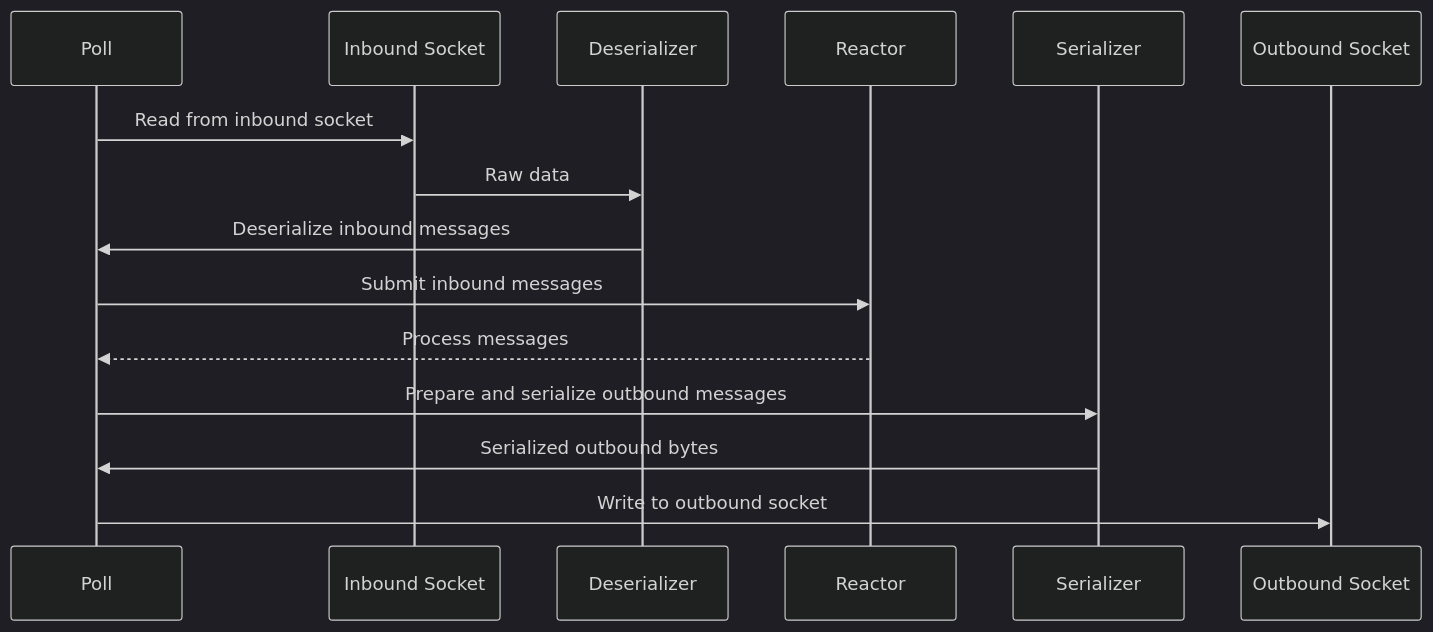
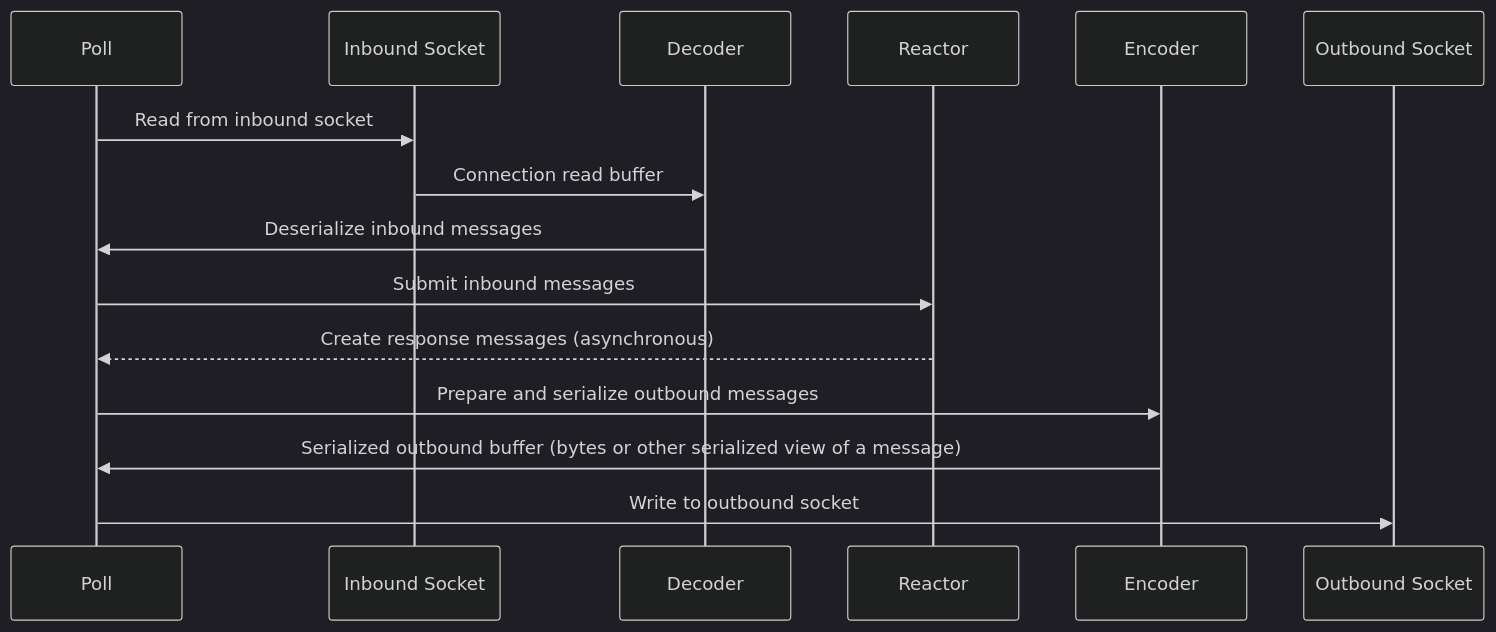
One commit to kvc0/protosocket changed the diagram in protosocket-connection/README.md. Above: the diagram before and after it, drawn with Mermaid (dark theme). The commit also changed other lines of this file and 5 other files, not shown here.

````diff
--- a/protosocket-connection/README.md
+++ b/protosocket-connection/README.md
@@ -15,18 +18,18 @@
 ```mermaid
 sequenceDiagram
     participant P as Poll
     participant IS as Inbound Socket
-    participant D as Deserializer
+    participant D as Decoder
     participant R as Reactor
-    participant S as Serializer
+    participant S as Encoder
     participant OS as Outbound Socket
 
     P->>IS: Read from inbound socket
-    IS->>D: Raw data
+    IS->>D: Connection read buffer
     D->>P: Deserialize inbound messages
     P->>R: Submit inbound messages
-    R-->>P: Process messages
+    R-->>P: Create response messages (asynchronous)
     P->>S: Prepare and serialize outbound messages
-    S->>P: Serialized outbound bytes
+    S->>P: Serialized outbound buffer (bytes or other serialized view of a message)
     P->>OS: Write to outbound socket
 ```
````
